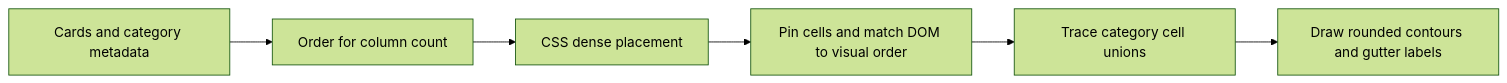
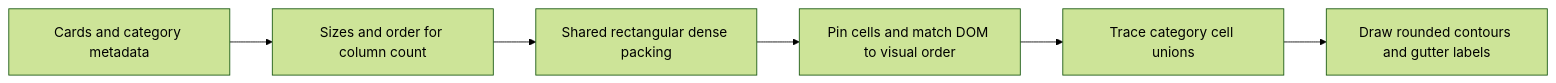
One commit to NikVetr/vetr-dev-site changed the diagram in docs/architecture.md. Above: the diagram before and after it, drawn with Mermaid (forest theme). The commit also changed other lines of this file and 11 other files, not shown here.

````diff
--- a/docs/architecture.md
+++ b/docs/architecture.md
@@ -9,8 +9,8 @@
 ```mermaid
 flowchart LR
-    A[Cards and category metadata] --> B[Order for column count]
-    B --> C[CSS dense placement]
+    A[Cards and category metadata] --> B[Sizes and order for column count]
+    B --> C[Shared rectangular dense packing]
     C --> D[Pin cells and match DOM to visual order]
     D --> E[Trace category cell unions]
     E --> F[Draw rounded contours and gutter labels]
 ```
````
